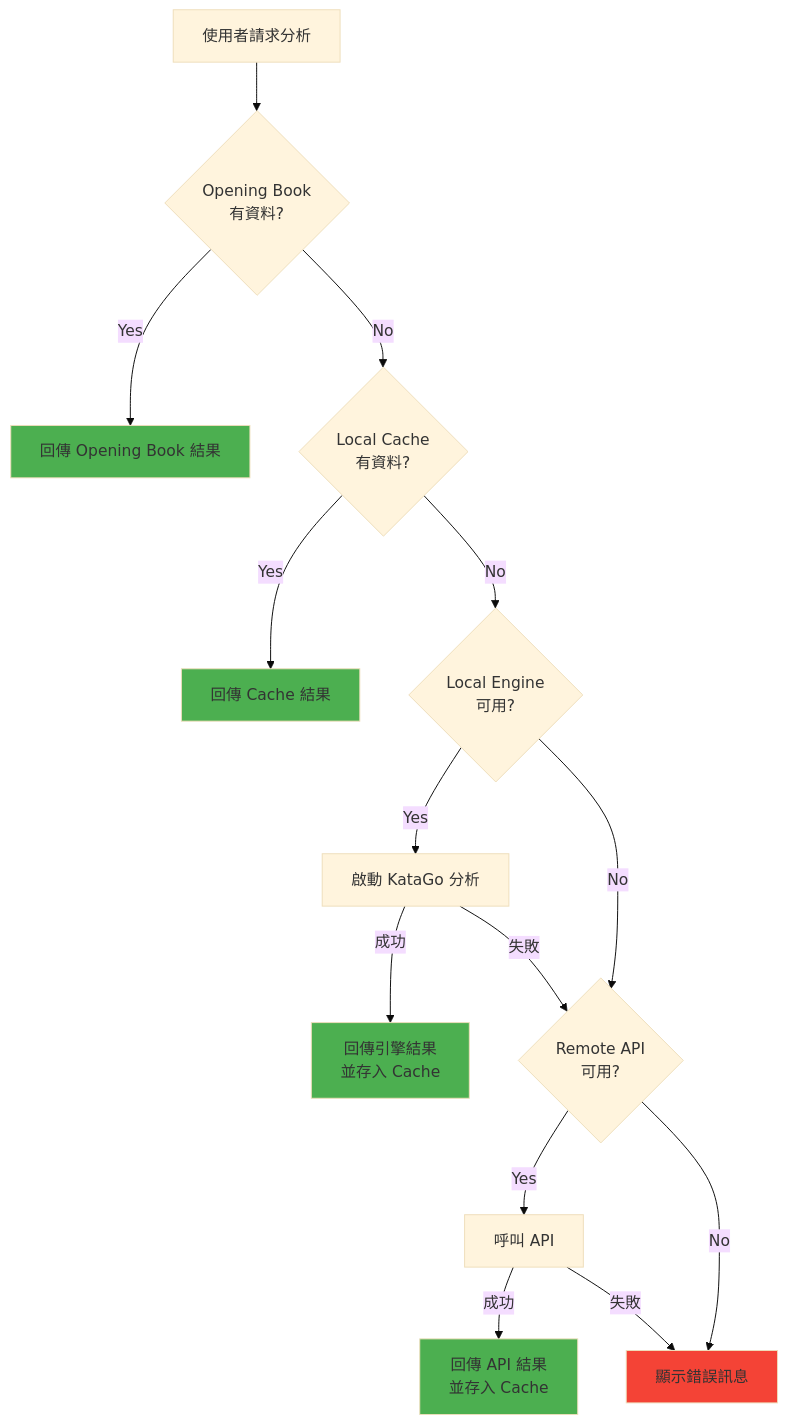
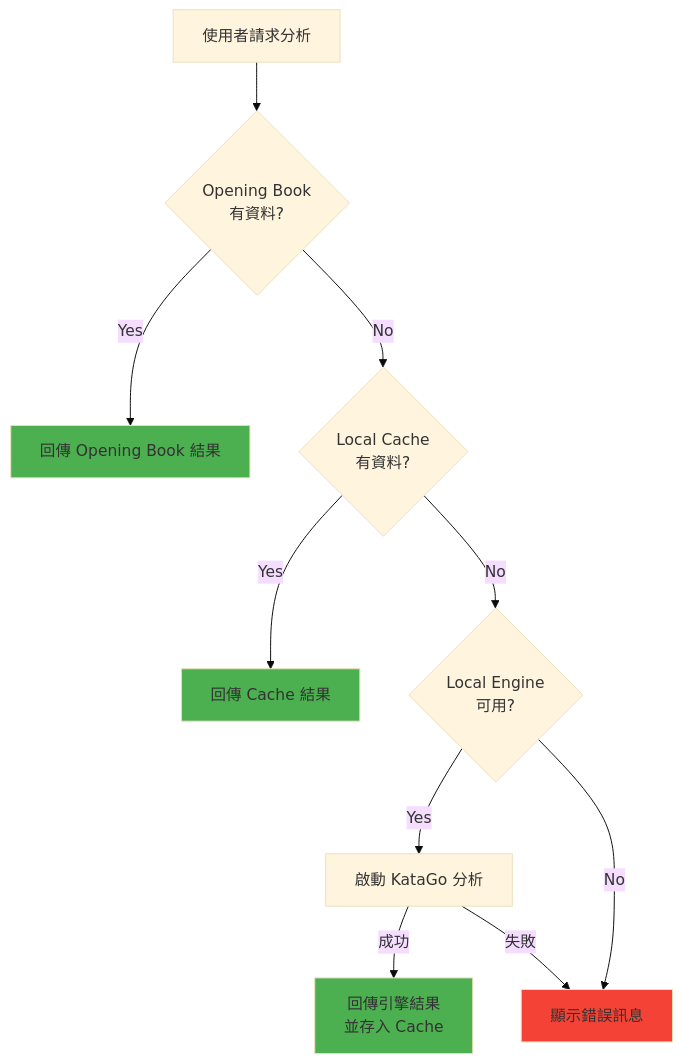
Before and after one commit to justmaker/go-strategy-app: the first of 3 diagrams in docs/spec/ERROR_HANDLING.md, drawn with Mermaid (base theme). The commit also changed other lines of this file and 6 other files, not shown here.

First line of the commit message:
docs: remove API Server from architecture (offline-only)

````diff
--- a/docs/spec/ERROR_HANDLING.md
+++ b/docs/spec/ERROR_HANDLING.md
@@ -30,22 +30,17 @@
 ```mermaid
 flowchart TD
     A[使用者請求分析] --> B{Opening Book<br/>有資料?}
     B -->|Yes| C[回傳 Opening Book 結果]
     B -->|No| D{Local Cache<br/>有資料?}
     D -->|Yes| E[回傳 Cache 結果]
     D -->|No| F{Local Engine<br/>可用?}
     F -->|Yes| G[啟動 KataGo 分析]
     G -->|成功| H[回傳引擎結果<br/>並存入 Cache]
-    G -->|失敗| I{Remote API<br/>可用?}
-    F -->|No| I
-    I -->|Yes| J[呼叫 API]
-    J -->|成功| K[回傳 API 結果<br/>並存入 Cache]
-    J -->|失敗| L[顯示錯誤訊息]
-    I -->|No| L
+    G -->|失敗| L[顯示錯誤訊息]
+    F -->|No| L
 
     style C fill:#4caf50
     style E fill:#4caf50
     style H fill:#4caf50
-    style K fill:#4caf50
     style L fill:#f44336
 ```
````
